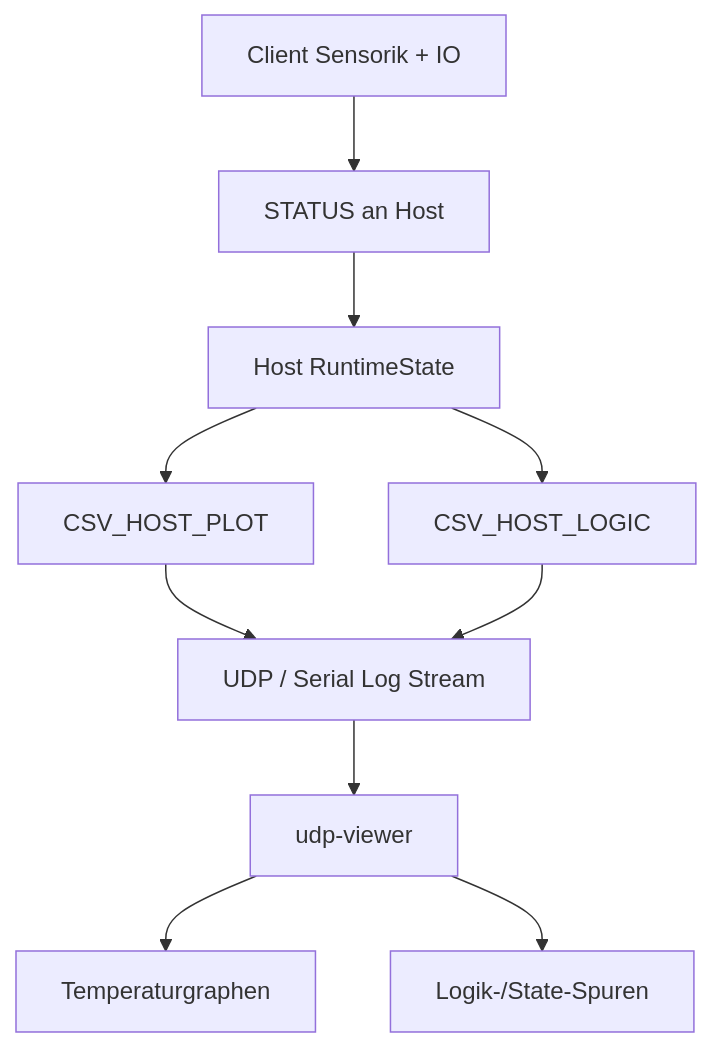
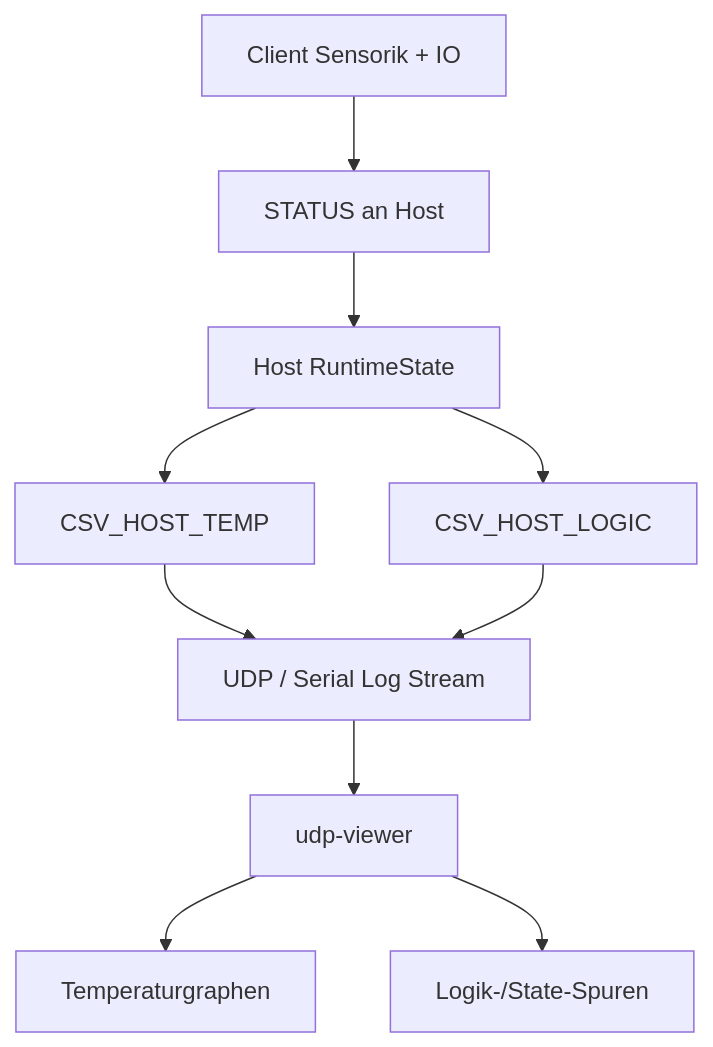
Before and after one commit to mrRobot62/FilamentSilicatDryer_480x480: the diagram in doc/T16_Phase_2_0_Logging_Testplan.md, drawn with Mermaid. The commit also changed other lines of this file and 5 other files, not shown here.

Commit message:
T16_Phase_2.5 normalize host client CSV naming

````diff
--- a/doc/T16_Phase_2_0_Logging_Testplan.md
+++ b/doc/T16_Phase_2_0_Logging_Testplan.md
@@ -76,12 +76,12 @@
 ```mermaid
 flowchart TD
     A["Client Sensorik + IO"] --> B["STATUS an Host"]
     B --> C["Host RuntimeState"]
-    C --> D["CSV_HOST_PLOT"]
+    C --> D["CSV_HOST_TEMP"]
     C --> E["CSV_HOST_LOGIC"]
     D --> F["UDP / Serial Log Stream"]
     E --> F
     F --> G["udp-viewer"]
     G --> H["Temperaturgraphen"]
     G --> I["Logik-/State-Spuren"]
 ```
````
